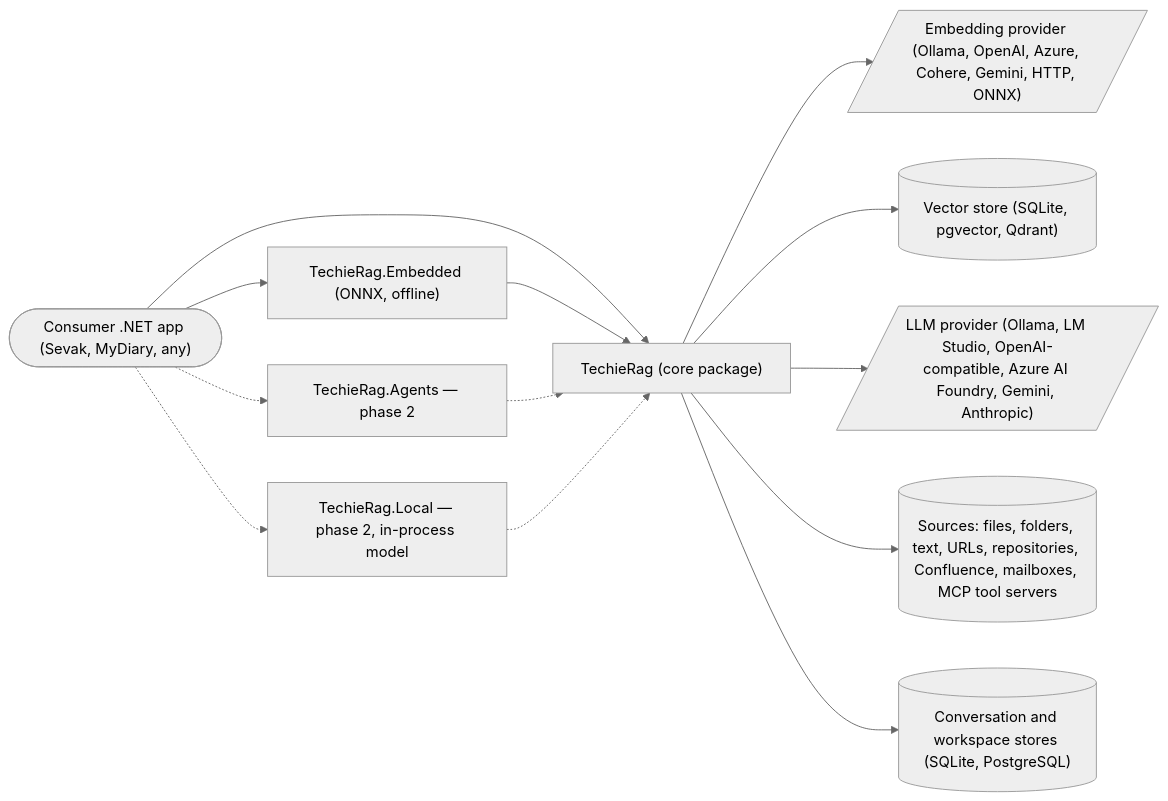
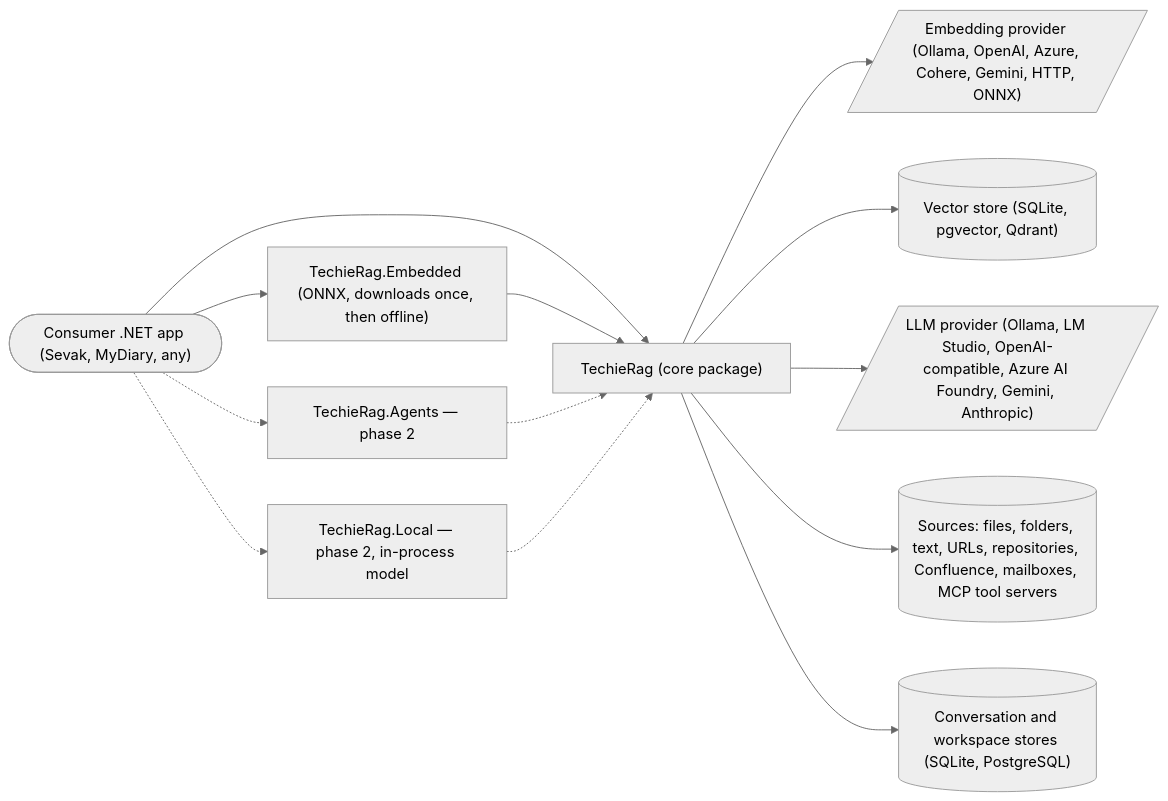
The diagram in docs/TechieRag-BRD.md (techierathore/TechieRag), drawn with Mermaid (neutral theme) before and after one commit. The commit also changed other lines of this file and 311 other files, not shown here.

````diff
--- a/docs/TechieRag-BRD.md
+++ b/docs/TechieRag-BRD.md
@@ -366,15 +366,15 @@
 ```mermaid
 flowchart LR
   Dev(["Consumer .NET app (Sevak, MyDiary, any)"]) --> TR["TechieRag (core package)"]
-  Dev --> EMB["TechieRag.Embedded (ONNX, offline)"]
+  Dev --> EMB["TechieRag.Embedded (ONNX, downloads once, then offline)"]
   Dev -.-> AG["TechieRag.Agents — phase 2"]
   Dev -.-> LOC["TechieRag.Local — phase 2, in-process model"]
   EMB --> TR
   AG -.-> TR
   LOC -.-> TR
   TR --> Emb[/"Embedding provider (Ollama, OpenAI, Azure, Cohere, Gemini, HTTP, ONNX)"/]
   TR --> Vec[("Vector store (SQLite, pgvector, Qdrant)")]
   TR --> Llm[/"LLM provider (Ollama, LM Studio, OpenAI-compatible, Azure AI Foundry, Gemini, Anthropic)"/]
   TR --> Src[("Sources: files, folders, text, URLs, repositories, Confluence, mailboxes, MCP tool servers")]
   TR --> Store[("Conversation and workspace stores (SQLite, PostgreSQL)")]
 ```
````
